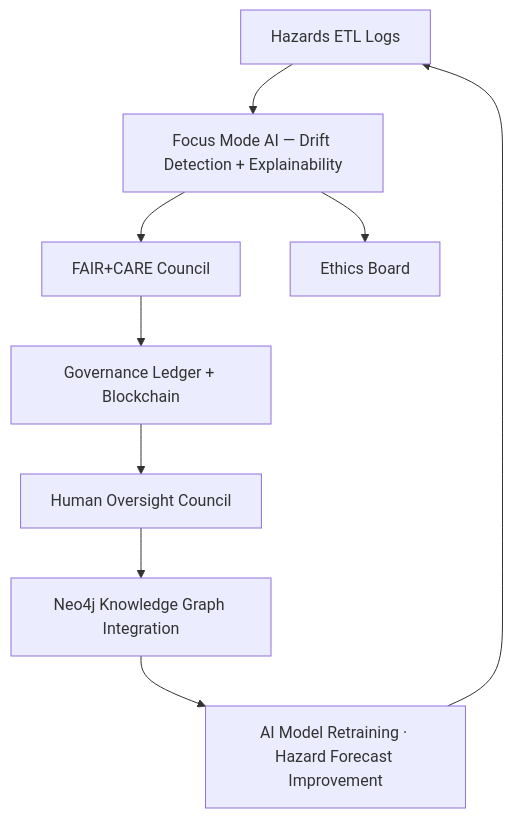
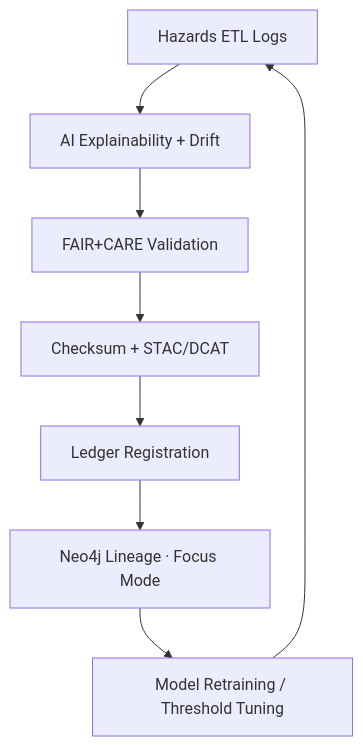
One commit to bartytime4life/Kansas-Frontier-Matrix changed the diagram in data/work/tmp/hazards/logs/README.md. Above: the diagram before and after it, drawn with Mermaid. The commit also changed other lines of this file, not shown here.

````diff
--- a/data/work/tmp/hazards/logs/README.md
+++ b/data/work/tmp/hazards/logs/README.md
@@ -69,11 +194,10 @@
 ```mermaid
-graph TD
-A[Hazards ETL Logs] --> B[Focus Mode AI — Drift Detection + Explainability]
-B --> C[FAIR+CARE Council]
-B --> D[Ethics Board]
-C --> E[Governance Ledger + Blockchain]
-E --> F[Human Oversight Council]
-F --> G[Neo4j Knowledge Graph Integration]
-G --> H[AI Model Retraining · Hazard Forecast Improvement]
-H --> A
+flowchart TD
+A[Hazards ETL Logs] --> B[AI Explainability + Drift]
+B --> C[FAIR+CARE Validation]
+C --> D[Checksum + STAC/DCAT]
+D --> E[Ledger Registration]
+E --> F[Neo4j Lineage · Focus Mode]
+F --> G[Model Retraining / Threshold Tuning]
+G --> A
 ```
````
